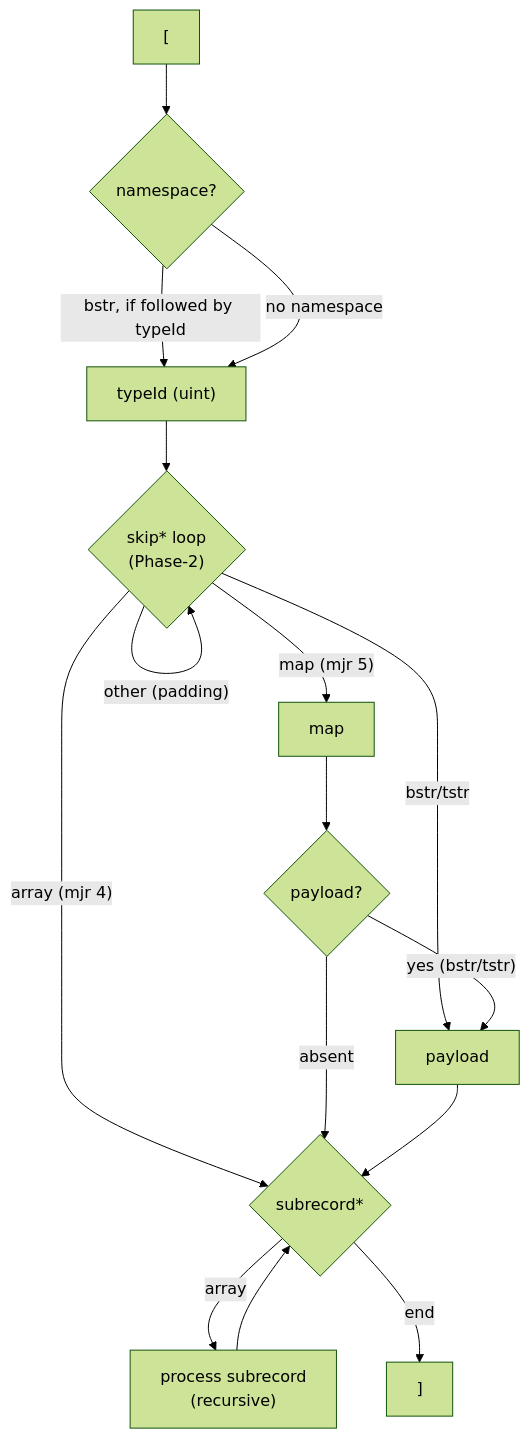
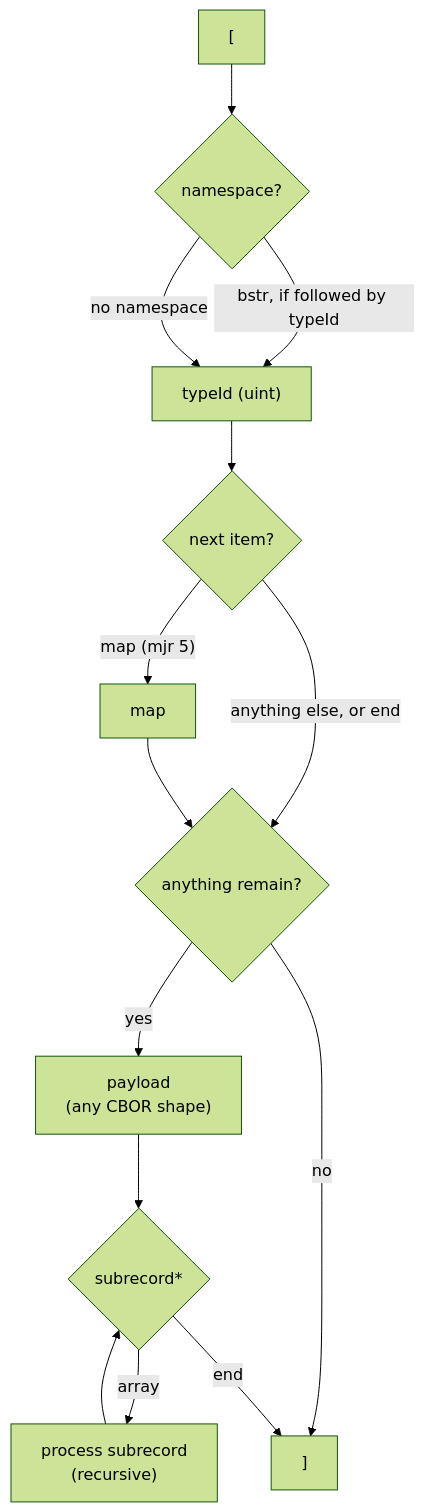
Before and after one commit to mofosyne/qdef: the diagram in docs/QDEF-SPEC.md, drawn with Mermaid (forest theme). The commit also changed other lines of this file and 9 other files, not shown here.

````diff
--- a/docs/QDEF-SPEC.md
+++ b/docs/QDEF-SPEC.md
@@ -198,21 +198,19 @@
 ```mermaid
 flowchart TD
     Start["["] --> ns{"namespace?"}
     ns -->|"bstr, if followed by typeId"| typeId["typeId (uint)"]
     ns -->|"no namespace"| typeId
 
-    typeId --> skip{"skip* loop<br/>(Phase-2)"}
-    skip -->|"map (mjr 5)"| map["map"]
-    skip -->|"bstr/tstr"| payload["payload"]
-    skip -->|"array (mjr 4)"| subrecords
-    skip -->|"other (padding)"| skip
+    typeId --> checkMap{"next item?"}
+    checkMap -->|"map (mjr 5)"| map["map"]
+    checkMap -->|"anything else, or end"| afterMap
 
-    map --> afterMap{"payload?"}
-    afterMap -->|"yes (bstr/tstr)"| payload
-    afterMap -->|"absent"| subrecords
+    map --> afterMap{"anything remain?"}
+    afterMap -->|"yes"| payload["payload<br/>(any CBOR shape)"]
+    afterMap -->|"no"| End["]"]
     payload --> subrecords
 
     subrecords{"subrecord*"} -->|"array"| process["process subrecord<br/>(recursive)"]
     process --> subrecords
-    subrecords -->|"end"| End["]"]
+    subrecords -->|"end"| End
 ```
````
